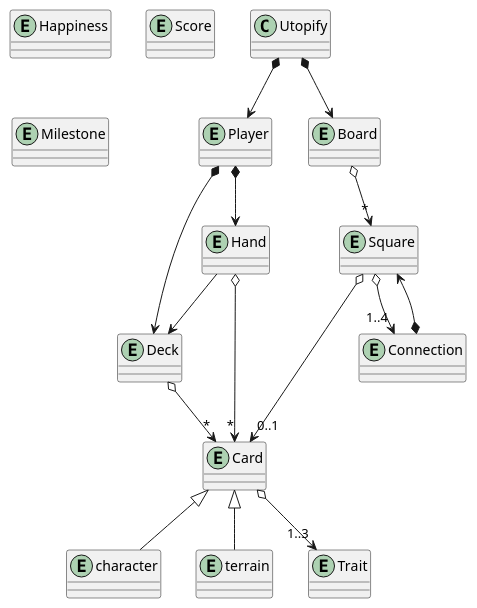
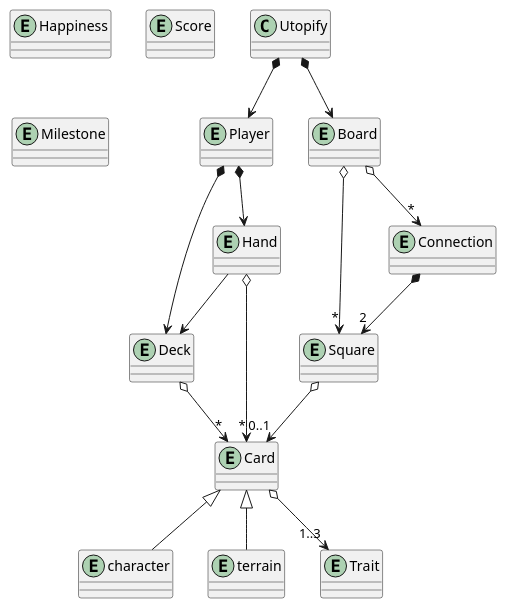
One commit to Juan-Albert/Utopify changed the diagram in Diagrams/UML/DomainModel.puml. Above: the diagram before and after it, drawn with PlantUML.

Commit message:
fix(Diagrams): connection have 2 squares, square don't know its own connections, loop resolved

```diff
--- a/Diagrams/UML/DomainModel.puml
+++ b/Diagrams/UML/DomainModel.puml
@@ -1,34 +1,34 @@
 @startuml
 
 class Utopify
 entity Player
 entity Deck
 entity Hand
 entity Card
 entity character
 entity terrain
 entity Trait
 entity Board
 entity Square
 entity Connection
 entity Happiness
 entity Score
 entity Milestone
 
 Utopify *--> Player
 Player *--> Deck
 Player *--> Hand
 Hand --> Deck
 Hand o--> "*" Card
 Deck o--> "*" Card
 Card o--> "1..3" Trait
 Card <|-- character
 Card <|-- terrain
 
 Utopify *--> Board
 Board o--> "*" Square
+Board o--> "*" Connection
 Square o--> "0..1" Card
-Square o--> "1..4" Connection
-Connection *--> Square
+Connection *--> "2" Square
  
 @enduml
```
